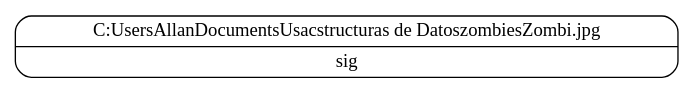
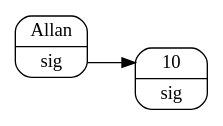
The diagram in Lista.dot (AllanAugustS/Practica1s2015_199819880), drawn with Graphviz before and after one commit. The commit also changed 8 other files, not shown here.

```diff
--- a/Lista.dot
+++ b/Lista.dot
@@ -1,4 +1,6 @@
 digraph lista{
  rankdir=LR;node [shape = record, style=rounded];
-struct0 [label="<f0>C:\Users\Allan\Documents\Usac\Estructuras de Datos\zombies\Zombi.jpg|<f1>sig"];
+struct0 [label="<f0>Allan|<f1>sig"];
+struct1 [label="<f0>10|<f1>sig"];
+struct0:f1->struct1:f0;
 }
```
